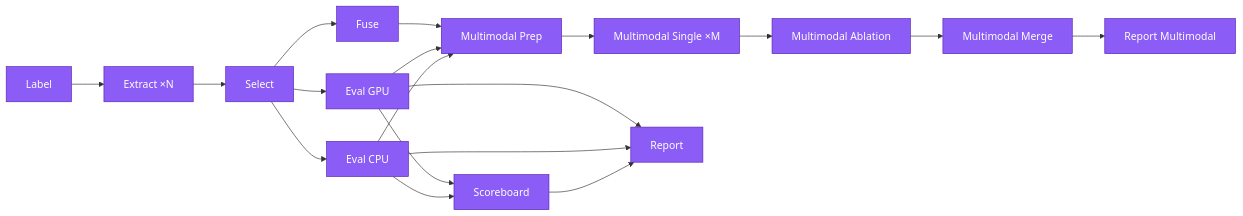
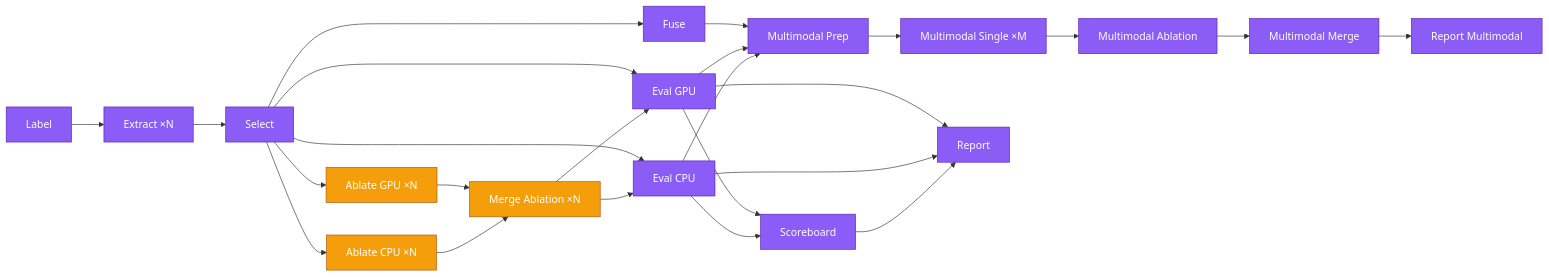
One commit to msk-access/kreview changed the diagram in docs/developer/pipeline-architecture.md. Above: the diagram before and after it, drawn with Mermaid. The commit also changed other lines of this file and 24 other files, not shown here.

````diff
--- a/docs/developer/pipeline-architecture.md
+++ b/docs/developer/pipeline-architecture.md
@@ -11,21 +11,28 @@
 ```mermaid
 graph LR
     classDef step fill:#8b5cf6,stroke:#5b21b6,color:#fff;
+    classDef opt fill:#f59e0b,stroke:#b45309,color:#fff;
     A["Label"]:::step --> B["Extract ×N"]:::step
     B --> C[Select]:::step
-    C --> D["Eval CPU"]:::step
-    C --> E["Eval GPU"]:::step
+    C --> ABL_CPU["Ablate CPU ×N"]:::opt
+    C --> ABL_GPU["Ablate GPU ×N"]:::opt
+    ABL_CPU --> ABL_MERGE["Merge Ablation ×N"]:::opt
+    ABL_GPU --> ABL_MERGE
+    ABL_MERGE --> D["Eval CPU"]:::step
+    ABL_MERGE --> E["Eval GPU"]:::step
+    C --> D
+    C --> E
     C --> F[Fuse]:::step
     D --> S[Scoreboard]:::step
     E --> S
     D --> MM_PREP["Multimodal Prep"]:::step
     E --> MM_PREP
     F --> MM_PREP
     MM_PREP --> MM_SINGLE["Multimodal Single ×M"]:::step
     MM_SINGLE --> MM_ABLATION["Multimodal Ablation"]:::step
     MM_ABLATION --> MM_MERGE["Multimodal Merge"]:::step
     S --> H[Report]:::step
     D --> H
     E --> H
     MM_MERGE --> I["Report Multimodal"]:::step
 ```
````
